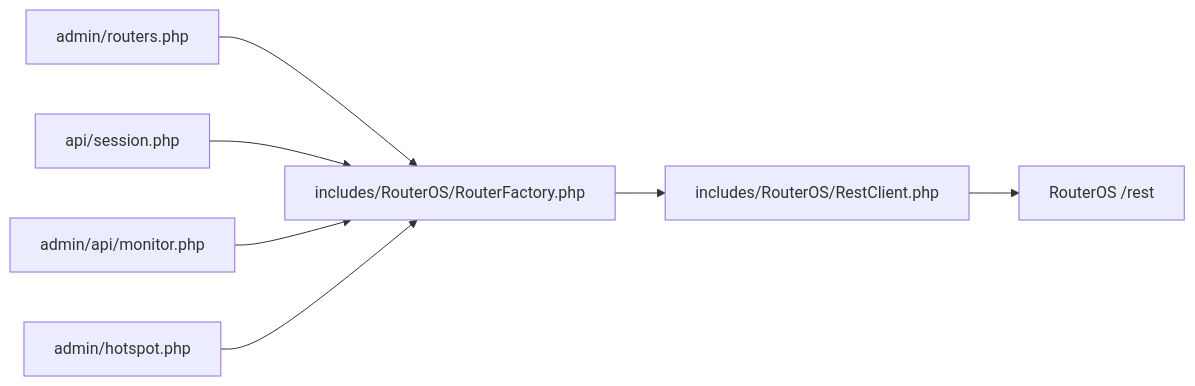
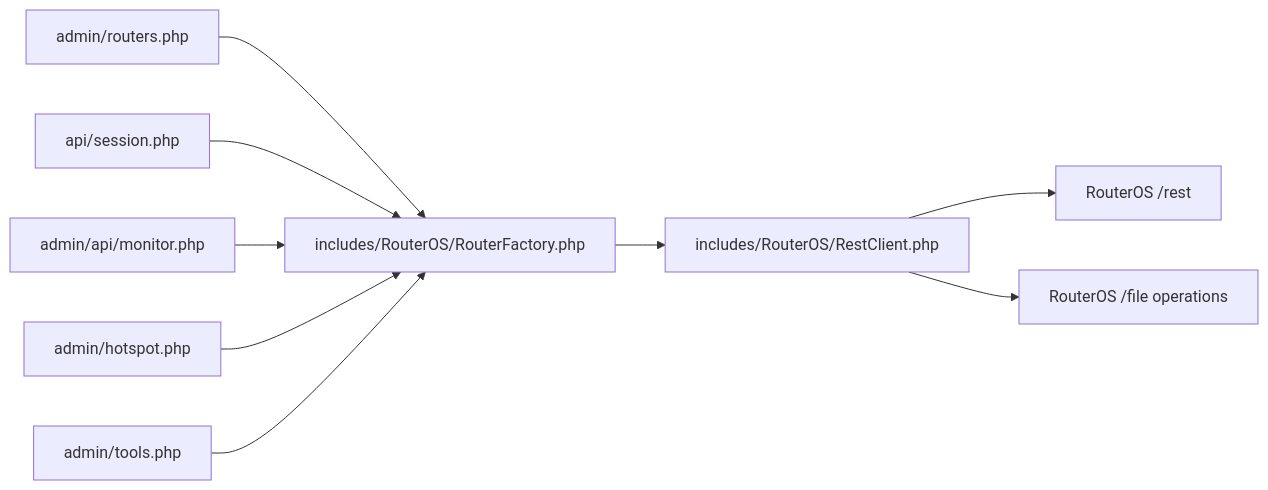
One commit to Djnirds1984/MT-CONTROLLER-PISOWIFI changed the sixth of 6 diagrams in .qoder/repowiki/en/content/RouterOS Integration/REST API Client.md. Above: the diagram before and after it, drawn with Mermaid. The commit also changed other lines of this file and 45 other files, not shown here.

````diff
--- a/.qoder/repowiki/en/content/RouterOS Integration/REST API Client.md
+++ b/.qoder/repowiki/en/content/RouterOS Integration/REST API Client.md
@@ -315,9 +405,11 @@
 ```mermaid
 graph LR
 RoutersPage["admin/routers.php"] --> Factory["includes/RouterOS/RouterFactory.php"]
 SessionApi["api/session.php"] --> Factory
 MonitorApi["admin/api/monitor.php"] --> Factory
 HotspotAdmin["admin/hotspot.php"] --> Factory
+ToolsPage["admin/tools.php"] --> Factory
 Factory --> RestClient["includes/RouterOS/RestClient.php"]
 RestClient --> RouterOS["RouterOS /rest"]
+RestClient --> FileOps["RouterOS /file operations"]
 ```
````
